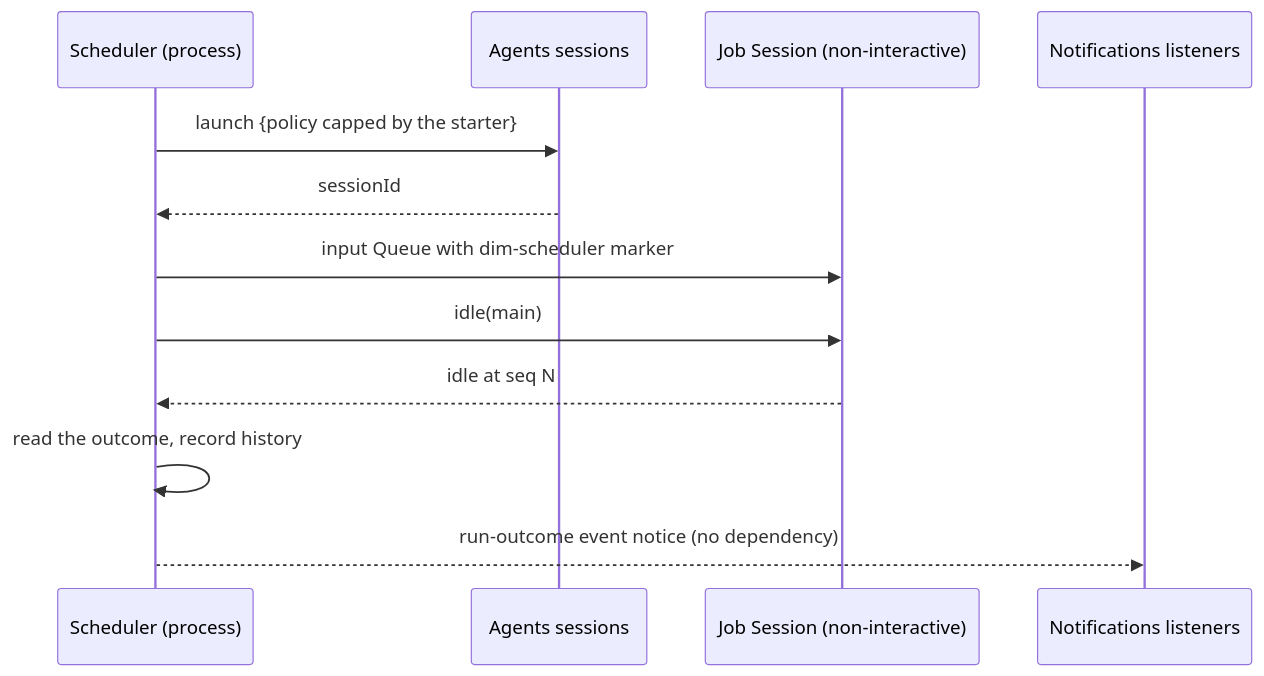
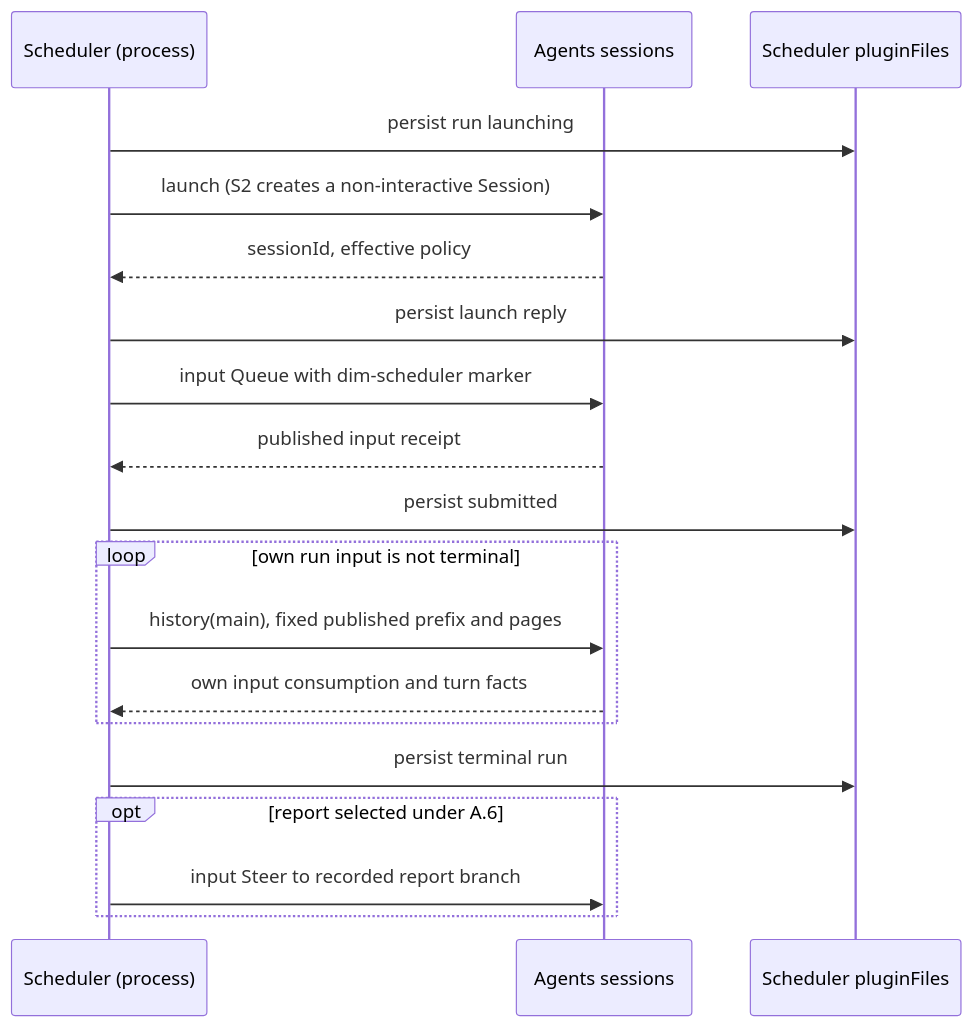
The seventh of 8 diagrams in docs/design/overview.md (CoutinhoTTS/dim-agent), drawn with Mermaid before and after one commit. The commit also changed other lines of this file and 2 other files, not shown here.

Commit message:
docs: align plugin overview with delivered bindings

````diff
--- a/docs/design/overview.md
+++ b/docs/design/overview.md
@@ -274,14 +273,21 @@
 ```mermaid
 sequenceDiagram
   participant SC as Scheduler (process)
   participant AI as Agents sessions
-  participant S as Job Session (non-interactive)
-  participant NT as Notifications listeners
-  SC->>AI: launch {policy capped by the starter}
-  AI-->>SC: sessionId
-  SC->>S: input Queue with dim-scheduler marker
-  SC->>S: idle(main)
-  S-->>SC: idle at seq N
-  SC->>SC: read the outcome, record history
-  SC-->>NT: run-outcome event notice (no dependency)
+  participant PF as Scheduler pluginFiles
+  SC->>PF: persist run launching
+  SC->>AI: launch (S2 creates a non-interactive Session)
+  AI-->>SC: sessionId, effective policy
+  SC->>PF: persist launch reply
+  SC->>AI: input Queue with dim-scheduler marker
+  AI-->>SC: published input receipt
+  SC->>PF: persist submitted
+  loop own run input is not terminal
+    SC->>AI: history(main), fixed published prefix and pages
+    AI-->>SC: own input consumption and turn facts
+  end
+  SC->>PF: persist terminal run
+  opt report selected under A.6
+    SC->>AI: input Steer to recorded report branch
+  end
 ```
````
